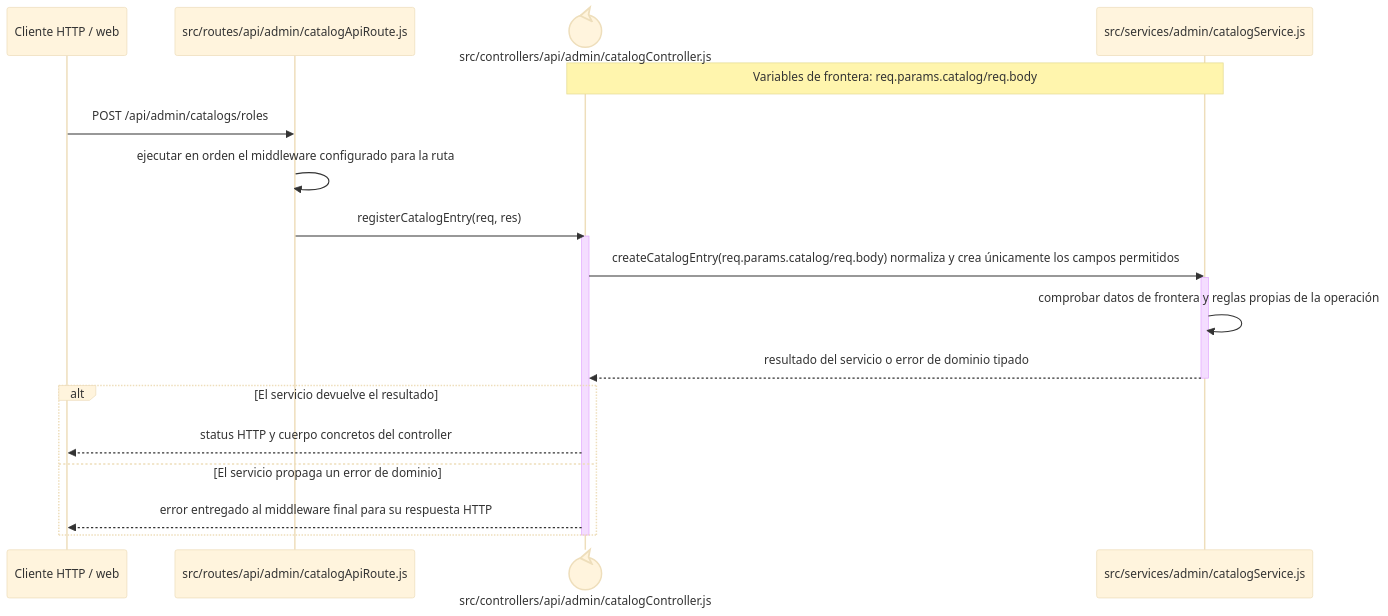
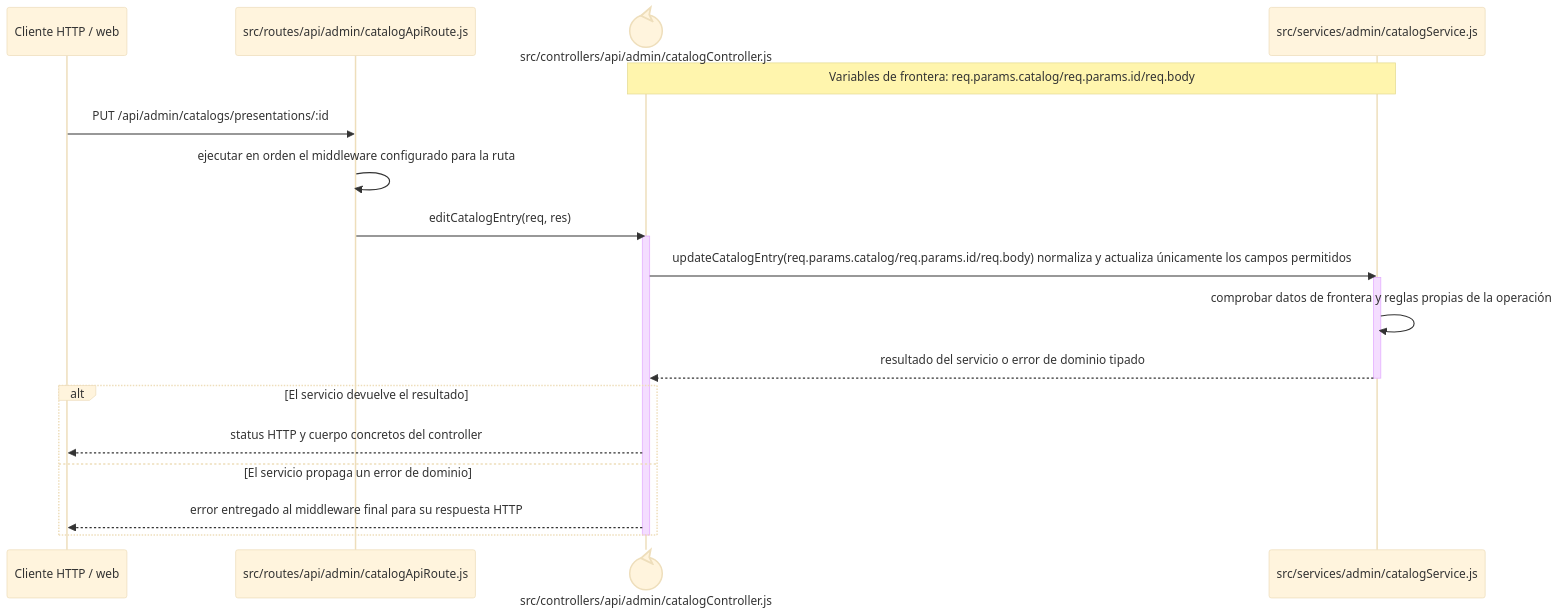
One commit to gpgsistemas01/nexus changed the diagram in docs/architecture/backend-code-sequences/catalogs/cu-cat-35.md. Above: the diagram before and after it, drawn with Mermaid (base theme). The commit also changed other lines of this file and 126 other files, not shown here.

````diff
--- a/docs/architecture/backend-code-sequences/catalogs/cu-cat-35.md
+++ b/docs/architecture/backend-code-sequences/catalogs/cu-cat-35.md
@@ -6,24 +6,24 @@
 ```mermaid
 sequenceDiagram
     participant Client as Cliente HTTP / web
     participant Route as src/routes/api/admin/catalogApiRoute.js
     participant Controller@{ "type": "control" } as src/controllers/api/admin/catalogController.js
     participant Domain as src/services/admin/catalogService.js
-    Note over Controller,Domain: Variables de frontera: req.params.catalog/req.body
+    Note over Controller,Domain: Variables de frontera: req.params.catalog/req.params.id/req.body
 
-    Client->>Route: POST /api/admin/catalogs/roles
+    Client->>Route: PUT /api/admin/catalogs/presentations/:id
     Route->>Route: ejecutar en orden el middleware configurado para la ruta
-    Route->>Controller: registerCatalogEntry(req, res)
+    Route->>Controller: editCatalogEntry(req, res)
     activate Controller
-    Controller->>Domain: createCatalogEntry(req.params.catalog/req.body) normaliza y crea únicamente los campos permitidos
+    Controller->>Domain: updateCatalogEntry(req.params.catalog/req.params.id/req.body) normaliza y actualiza únicamente los campos permitidos
     activate Domain
     Domain->>Domain: comprobar datos de frontera y reglas propias de la operación
     Domain-->>Controller: resultado del servicio o error de dominio tipado
     deactivate Domain
     alt El servicio devuelve el resultado
         Controller-->>Client: status HTTP y cuerpo concretos del controller
     else El servicio propaga un error de dominio
         Controller-->>Client: error entregado al middleware final para su respuesta HTTP
     end
     deactivate Controller
 ```
````
